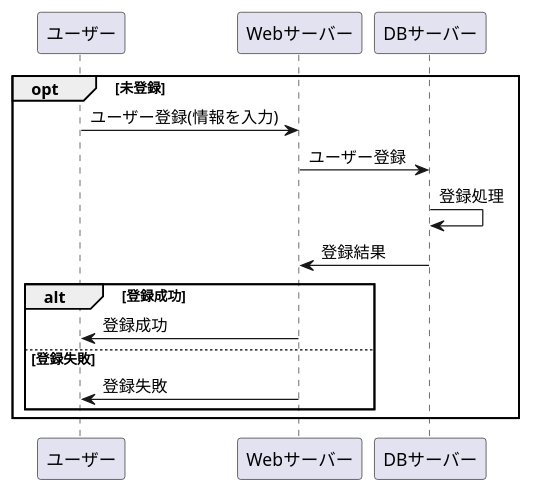
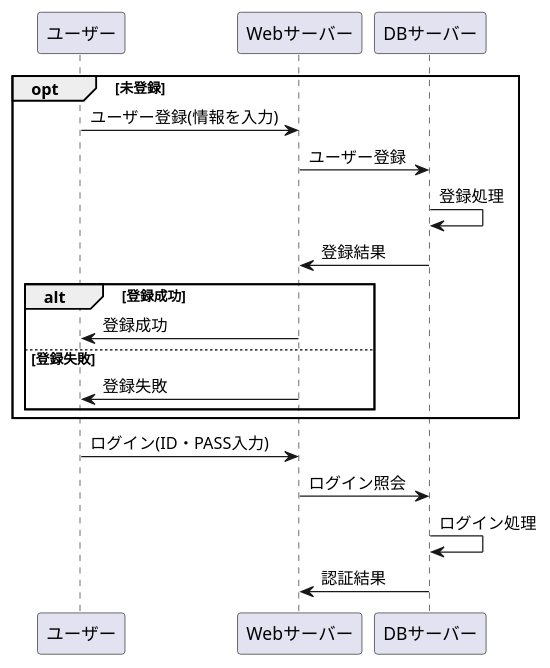
The diagram in 設計書/02_業務フロー/business-flow-check.md (Aso2001227/Aso-Sports-1), drawn with PlantUML before and after one commit.

````diff
--- a/設計書/02_業務フロー/business-flow-check.md
+++ b/設計書/02_業務フロー/business-flow-check.md
@@ -1,22 +1,26 @@
 ```uml
 @startuml
 opt 未登録
 ユーザー -> Webサーバー : ユーザー登録(情報を入力)
 Webサーバー -> DBサーバー : ユーザー登録
 DBサーバー -> DBサーバー : 登録処理
 DBサーバー -> Webサーバー : 登録結果
 
 
 
 
 
 
 
 alt 登録成功
 Webサーバー -> ユーザー : 登録成功
 else 登録失敗
 Webサーバー -> ユーザー : 登録失敗
 end
 end
+ユーザー -> Webサーバー : ログイン(ID・PASS入力)
+Webサーバー -> DBサーバー : ログイン照会
+DBサーバー -> DBサーバー : ログイン処理
+DBサーバー -> Webサーバー : 認証結果
 @enduml
 ```
````
